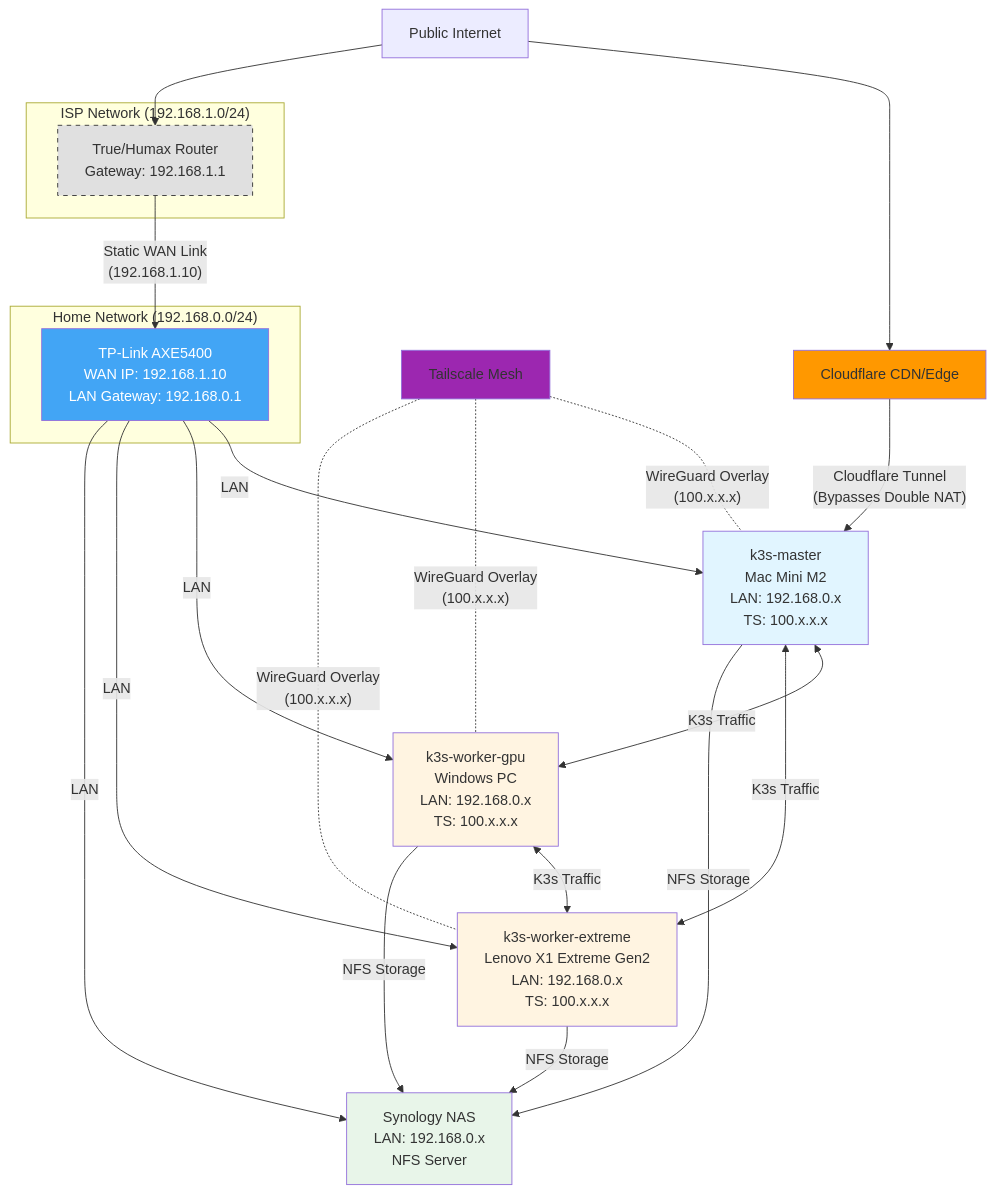
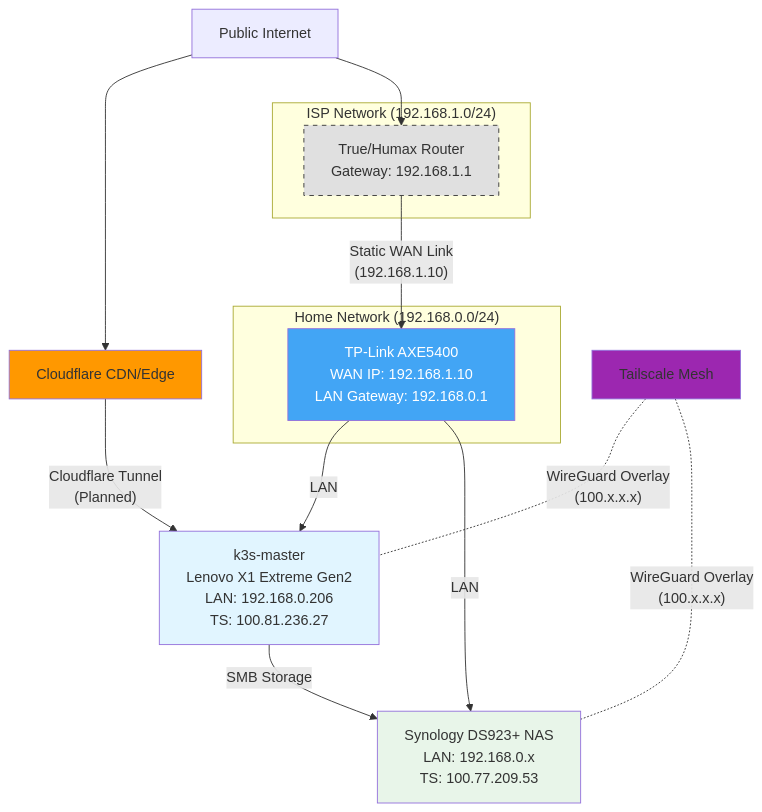
Before and after one commit to kanokgan/home-brain: the second of 3 diagrams in README.md, drawn with Mermaid. The commit also changed other lines of this file and 20 other files, not shown here.

````diff
--- a/README.md
+++ b/README.md
@@ -63,32 +52,22 @@
 ```mermaid
----
-config:
-  layout: dagre
----
 flowchart TB
  subgraph ISP_Layer["ISP Network (192.168.1.0/24)"]
         ISPRouter["True/Humax Router<br>Gateway: 192.168.1.1"]
   end
  subgraph Home_Core["Home Network (192.168.0.0/24)"]
         TPLink["TP-Link AXE5400<br>WAN IP: 192.168.1.10<br>LAN Gateway: 192.168.0.1"]
   end
     Internet["Public Internet"] --> CloudflareCDN["Cloudflare CDN/Edge"] & ISPRouter
     ISPRouter -- "Static WAN Link<br>(192.168.1.10)" --> TPLink
-    TPLink -- LAN --> MasterNode["k3s-master<br>Mac Mini M2<br>LAN: 192.168.0.x<br>TS: 100.x.x.x"] & WorkerGPU["k3s-worker-gpu<br>Windows PC<br>LAN: 192.168.0.x<br>TS: 100.x.x.x"] & WorkerExtreme["k3s-worker-extreme<br>Lenovo X1 Extreme Gen2<br>LAN: 192.168.0.x<br>TS: 100.x.x.x"] & Synology["Synology NAS<br>LAN: 192.168.0.x<br>NFS Server"]
-    CloudflareCDN -- Cloudflare Tunnel<br>(Bypasses Double NAT) --> MasterNode
-    TailscaleRelay["Tailscale Mesh"] -. "WireGuard Overlay<br>(100.x.x.x)" .- MasterNode & WorkerGPU & WorkerExtreme
-    MasterNode <-- K3s Traffic --> WorkerGPU & WorkerExtreme
-    WorkerGPU <-- K3s Traffic --> WorkerExtreme
-    MasterNode -- NFS Storage --> Synology
-    WorkerGPU -- NFS Storage --> Synology
-    WorkerExtreme -- NFS Storage --> Synology
+    TPLink -- LAN --> K3sMaster["k3s-master<br>Lenovo X1 Extreme Gen2<br>LAN: 192.168.0.206<br>TS: 100.81.236.27"] & NAS["Synology DS923+ NAS<br>LAN: 192.168.0.x<br>TS: 100.77.209.53"]
+    CloudflareCDN -- Cloudflare Tunnel<br>(Planned) --> K3sMaster
+    TailscaleRelay["Tailscale Mesh"] -. "WireGuard Overlay<br>(100.x.x.x)" .- K3sMaster & NAS
+    K3sMaster -- SMB Storage --> NAS
 
     style CloudflareCDN fill:#ff9800
     style ISPRouter fill:#e0e0e0,stroke:#333,stroke-dasharray: 5 5
     style TPLink fill:#42a5f5,color:white
-    style MasterNode fill:#e1f5ff
-    style WorkerGPU fill:#fff4e1
-    style WorkerExtreme fill:#fff4e1
-    style Synology fill:#e8f5e9
+    style K3sMaster fill:#e1f5ff
+    style NAS fill:#e8f5e9
     style TailscaleRelay fill:#9c27b0
 ```
````
